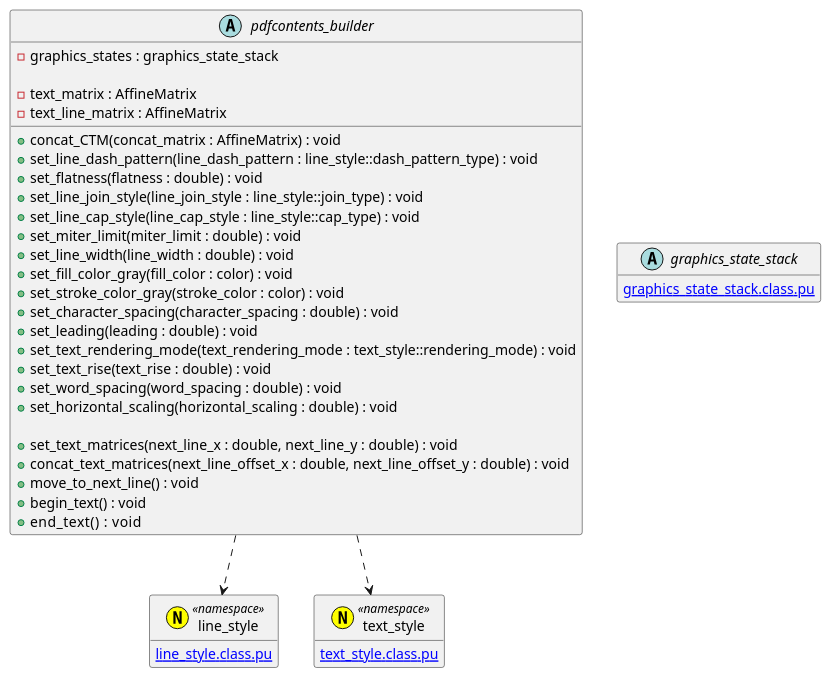
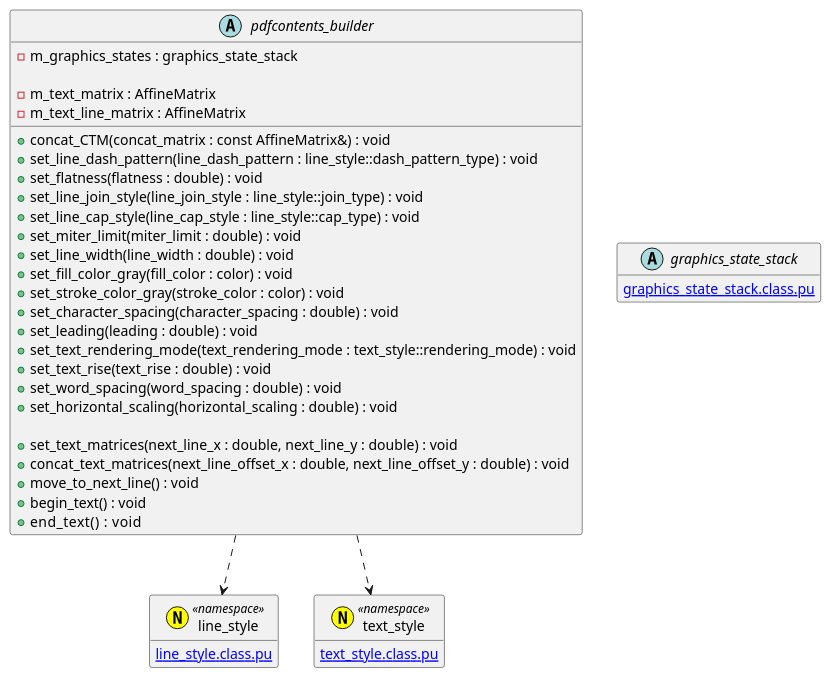
One commit to KodaiYM/PDFReader changed the diagram in document/document_reader/page_tree_parser/page_parser/contents_parser/pdfcontents_builder/pdfcontents_builder.class.pu. Above: the diagram before and after it, drawn with PlantUML. The commit also changed 24 other files, not shown here.

```diff
--- a/document/document_reader/page_tree_parser/page_parser/contents_parser/pdfcontents_builder/pdfcontents_builder.class.pu
+++ b/document/document_reader/page_tree_parser/page_parser/contents_parser/pdfcontents_builder/pdfcontents_builder.class.pu
@@ -1,44 +1,44 @@
 @startuml pdfcontents_builder
 hide empty members
 abstract pdfcontents_builder {
-	+concat_CTM(concat_matrix : AffineMatrix) : void
+	+concat_CTM(concat_matrix : const AffineMatrix&) : void
 	+set_line_dash_pattern(line_dash_pattern : line_style::dash_pattern_type) : void
 	+set_flatness(flatness : double) : void
 	+set_line_join_style(line_join_style : line_style::join_type) : void
 	+set_line_cap_style(line_cap_style : line_style::cap_type) : void
 	+set_miter_limit(miter_limit : double) : void
 	+set_line_width(line_width : double) : void
 	+set_fill_color_gray(fill_color : color) : void
 	+set_stroke_color_gray(stroke_color : color) : void
 	+set_character_spacing(character_spacing : double) : void
 	+set_leading(leading : double) : void
 	+set_text_rendering_mode(text_rendering_mode : text_style::rendering_mode) : void
 	+set_text_rise(text_rise : double) : void
 	+set_word_spacing(word_spacing : double) : void
 	+set_horizontal_scaling(horizontal_scaling : double) : void
 
 	+set_text_matrices(next_line_x : double, next_line_y : double) : void
 	+concat_text_matrices(next_line_offset_x : double, next_line_offset_y : double) : void
 	+move_to_next_line() : void
 	+begin_text() : void
 	+end_text()   : void
 
-	-graphics_states : graphics_state_stack
+	-m_graphics_states : graphics_state_stack
 
 	' These matrices are ambiguously represented in PDF 1.0, but are clearly defined in PDF 1.7.
-	-text_matrix : AffineMatrix
-	-text_line_matrix : AffineMatrix
+	-m_text_matrix : AffineMatrix
+	-m_text_line_matrix : AffineMatrix
 }
 pdfcontents_builder ..> line_style
 pdfcontents_builder ..> text_style
 
 annotation line_style <<(N, yellow) namespace>> {
 	[[line_style.class.pu]]
 }
 annotation text_style <<(N, yellow) namespace>> {
 	[[text_style.class.pu]]
 }
 abstract graphics_state_stack {
 	[[graphics_state_stack.class.pu]]
 }
 @enduml
```
